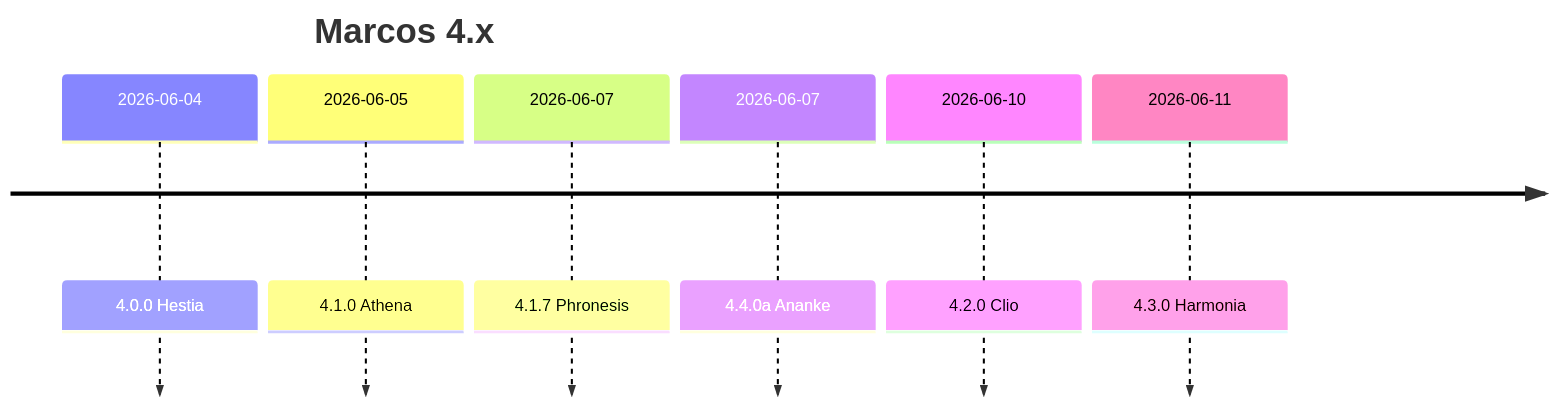
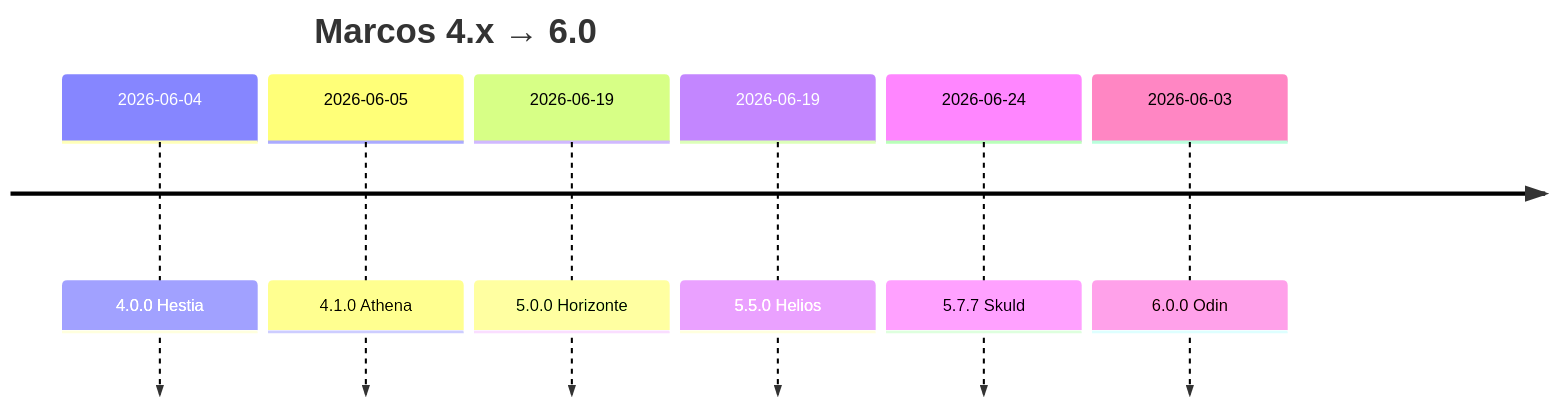
One commit to JaderGabriel/serventec-servlitcys changed the second of 4 diagrams in docs/HUB_DOCUMENTACAO.md. Above: the diagram before and after it, drawn with Mermaid. The commit also changed other lines of this file and 200 other files, not shown here.

````diff
--- a/docs/HUB_DOCUMENTACAO.md
+++ b/docs/HUB_DOCUMENTACAO.md
@@ -83,10 +85,10 @@
 ```mermaid
 timeline
-    title Marcos 4.x
+    title Marcos 4.x → 6.0
     2026-06-04 : 4.0.0 Hestia
     2026-06-05 : 4.1.0 Athena
-    2026-06-07 : 4.1.7 Phronesis
-    2026-06-07 : 4.4.0a Ananke
-    2026-06-10 : 4.2.0 Clio
-    2026-06-11 : 4.3.0 Harmonia
+    2026-06-19 : 5.0.0 Horizonte
+    2026-06-19 : 5.5.0 Helios
+    2026-06-24 : 5.7.7 Skuld
+    2026-06-03 : 6.0.0 Odin
 ```
````
